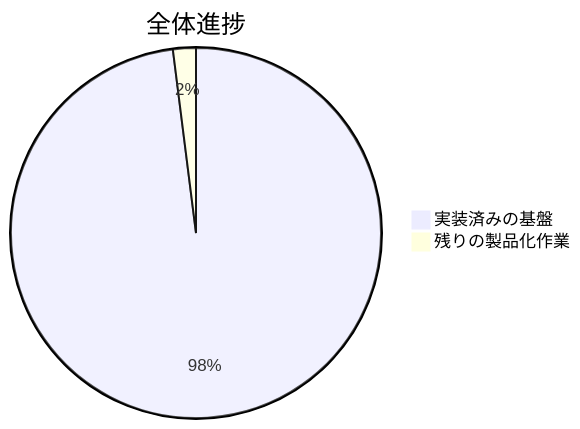
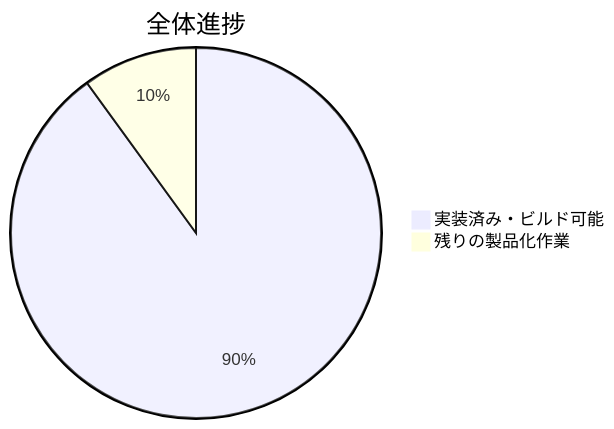
Before and after one commit to lingmulongtai/GlyphRay: the first of 5 diagrams in README.ja.md, drawn with Mermaid. The commit also changed other lines of this file and 68 other files, not shown here.

````diff
--- a/README.ja.md
+++ b/README.ja.md
@@ -15,5 +16,5 @@
 ```mermaid
 pie title 全体進捗
-  "実装済みの基盤" : 98
-  "残りの製品化作業" : 2
+  "実装済み・ビルド可能" : 90
+  "残りの製品化作業" : 10
 ```
````
